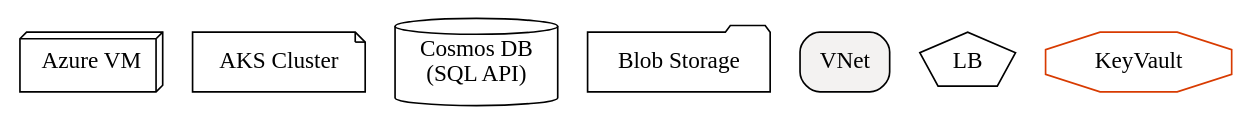
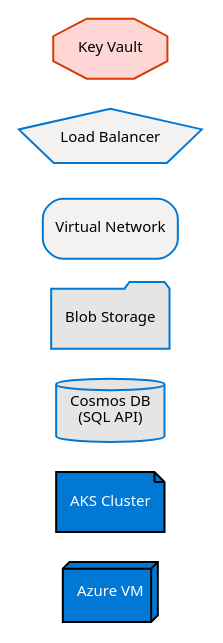
Before and after one commit to andikatjacobdennis/graphviz-tutorial: the second of 6 diagrams in 3-advanced-techniques/styling-guide.md, drawn with Graphviz. The commit also changed other lines of this file and 6 other files, not shown here.

````diff
--- a/3-advanced-techniques/styling-guide.md
+++ b/3-advanced-techniques/styling-guide.md
@@ -34,18 +44,26 @@
 ```dot
 digraph NodeStyles {
-    // Compute
-    VM [shape=box3d, label="Azure VM"];
-    AKS [shape=note, label="AKS Cluster"];
-    
-    // Data
-    CosmosDB [shape=cylinder, label="Cosmos DB\n(SQL API)"];
-    Blob [shape=folder, label="Blob Storage"];
-    
-    // Networking
-    VNet [shape=box, style="rounded,filled", fillcolor="#F3F2F1"];
-    LB [shape=pentagon];
-    
-    // Security
-    KeyVault [shape=octagon, color="#D83B01"];
+    rankdir=LR;
+    splines=ortho;
+
+    // Global styles
+    graph [fontname="Segoe UI", fontsize=10];
+    node  [fontname="Segoe UI", fontsize=9, penwidth=1.2];
+    edge  [fontname="Segoe UI", fontsize=8, penwidth=1.0, color="#505050", fontcolor="black"];
+
+    // Compute nodes
+    VM  [label="Azure VM", shape=box3d, style=filled, fillcolor="#0078D4", fontcolor=white];
+    AKS [label="AKS Cluster", shape=note, style=filled, fillcolor="#0078D4", fontcolor=white];
+
+    // Data nodes
+    CosmosDB [label="Cosmos DB\n(SQL API)", shape=cylinder, style=filled, fillcolor="#E5E5E5", color="#0078D4", fontcolor=black];
+    Blob     [label="Blob Storage", shape=folder, style=filled, fillcolor="#E5E5E5", color="#0078D4", fontcolor=black];
+
+    // Networking nodes
+    VNet [label="Virtual Network", shape=box, style="rounded,filled", fillcolor="#F3F2F1", color="#0078D4", fontcolor=black];
+    LB   [label="Load Balancer", shape=pentagon, style=filled, fillcolor="#F3F2F1", color="#0078D4", fontcolor=black];
+
+    // Security node
+    KeyVault [label="Key Vault", shape=octagon, style=filled, fillcolor="#FFD6D6", color="#D83B01", fontcolor=black];
 }
 ```
````
